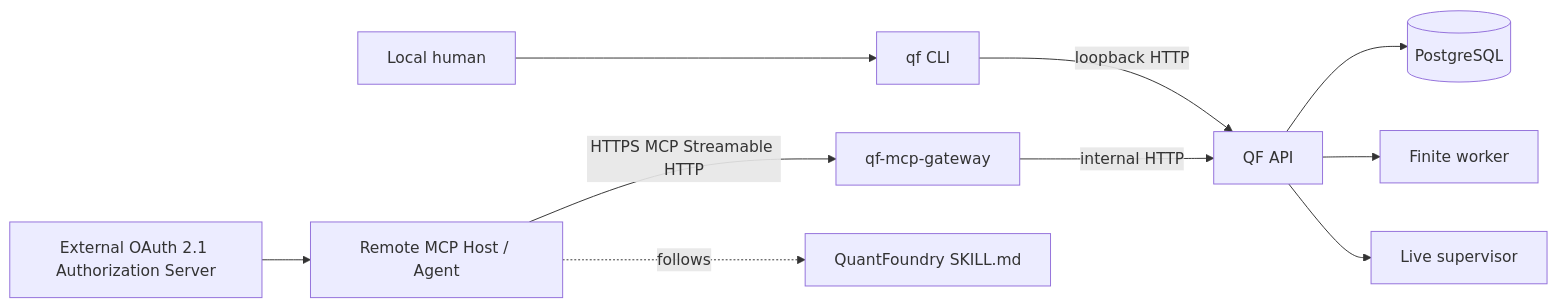
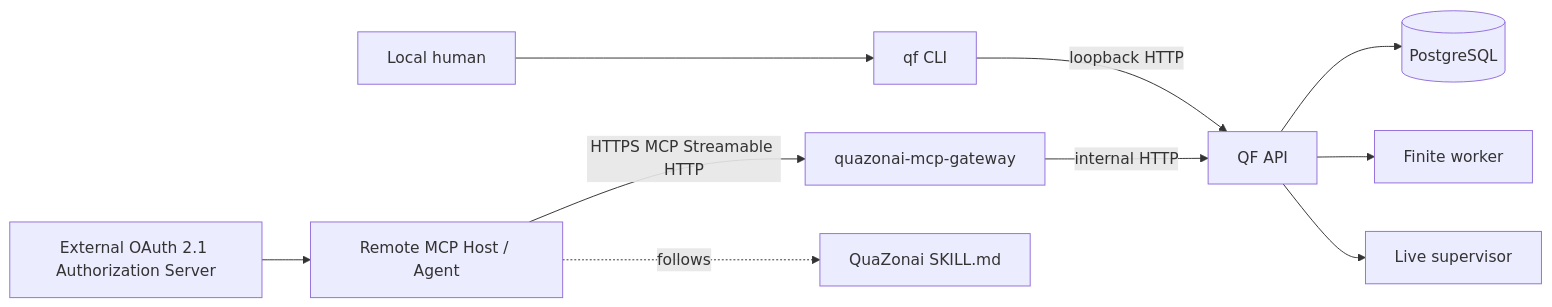
The diagram in CLI.md (zhengui666/QuaZonai), drawn with Mermaid before and after one commit. The commit also changed other lines of this file and 173 other files, not shown here.

Commit message:
refactor: rename product to QuaZonai and flatten backend src

````diff
--- a/CLI.md
+++ b/CLI.md
@@ -113,15 +113,15 @@
 ```mermaid
 flowchart LR
     H[Local human] --> CLI[qf CLI]
     CLI -->|loopback HTTP| API[QF API]
 
-    A[Remote MCP Host / Agent] -->|HTTPS MCP Streamable HTTP| GW[qf-mcp-gateway]
+    A[Remote MCP Host / Agent] -->|HTTPS MCP Streamable HTTP| GW[quazonai-mcp-gateway]
     AS[External OAuth 2.1 Authorization Server] --> A
     GW -->|internal HTTP| API
 
     API --> DB[(PostgreSQL)]
     API --> FW[Finite worker]
     API --> LS[Live supervisor]
 
-    A -. follows .-> SK[QuantFoundry SKILL.md]
+    A -. follows .-> SK[QuaZonai SKILL.md]
 ```
````
